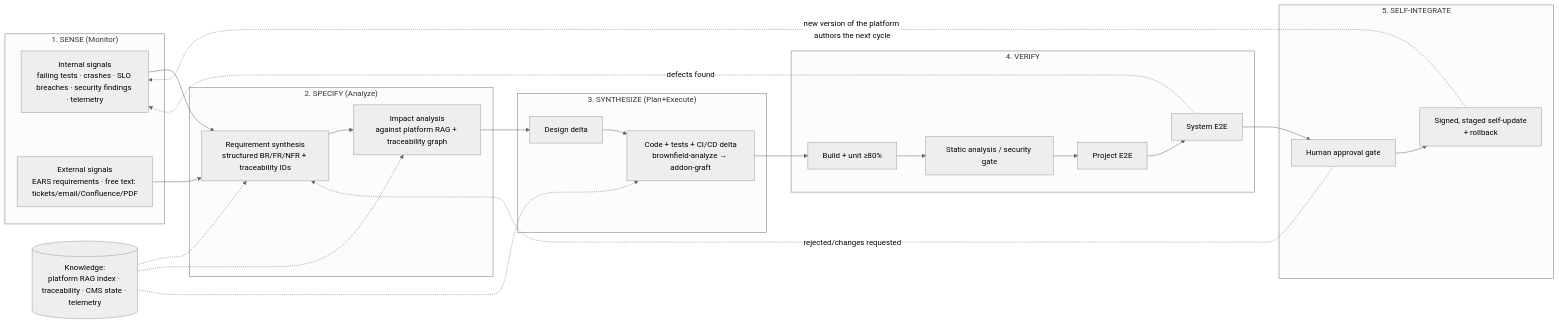
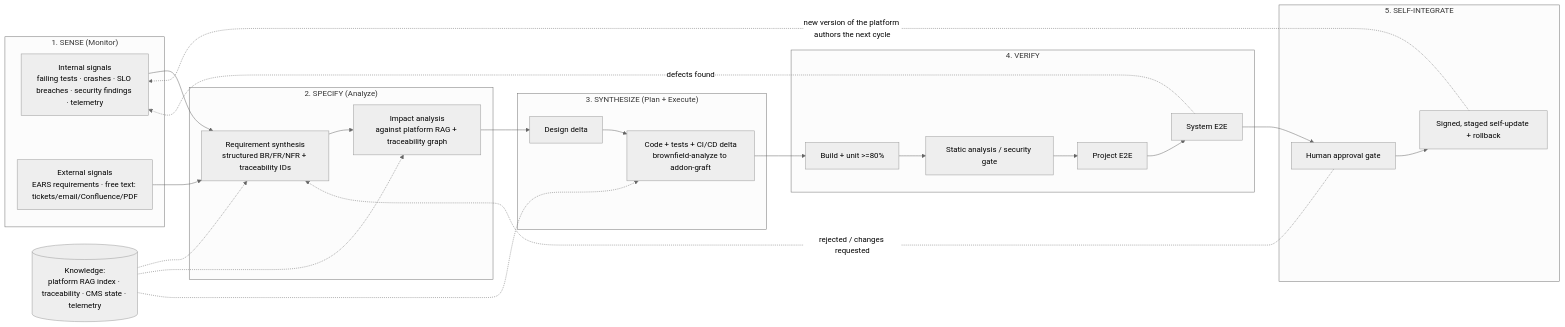
Before and after one commit to romanagaev/self-evolving-platform: the diagram in docs/paper.md, drawn with Mermaid (neutral theme). The commit also changed 2 other files, not shown here.

Commit message:
docs: fix Mermaid rendering (valid edge syntax, quoted labels, safe aliases)

````diff
--- a/docs/paper.md
+++ b/docs/paper.md
@@ -170,36 +170,36 @@
 ```mermaid
 flowchart LR
     subgraph SENSE["1. SENSE (Monitor)"]
-      D[Internal signals<br/>failing tests · crashes · SLO breaches · security findings · telemetry]
-      X[External signals<br/>EARS requirements · free text: tickets/email/Confluence/PDF]
+      D["Internal signals<br/>failing tests · crashes · SLO breaches · security findings · telemetry"]
+      X["External signals<br/>EARS requirements · free text: tickets/email/Confluence/PDF"]
     end
     subgraph SPEC["2. SPECIFY (Analyze)"]
-      RQ[Requirement synthesis<br/>structured BR/FR/NFR + traceability IDs]
-      TR[Impact analysis<br/>against platform RAG + traceability graph]
+      RQ["Requirement synthesis<br/>structured BR/FR/NFR + traceability IDs"]
+      TR["Impact analysis<br/>against platform RAG + traceability graph"]
     end
-    subgraph SYN["3. SYNTHESIZE (Plan+Execute)"]
-      DS[Design delta]
-      CG[Code + tests + CI/CD delta<br/>brownfield-analyze → addon-graft]
+    subgraph SYN["3. SYNTHESIZE (Plan + Execute)"]
+      DS["Design delta"]
+      CG["Code + tests + CI/CD delta<br/>brownfield-analyze to addon-graft"]
     end
     subgraph VER["4. VERIFY"]
-      V1[Build + unit ≥80%]
-      V15[Static analysis / security gate]
-      V2[Project E2E]
-      V3[System E2E]
+      V1["Build + unit >=80%"]
+      V15["Static analysis / security gate"]
+      V2["Project E2E"]
+      V3["System E2E"]
     end
     subgraph INT["5. SELF-INTEGRATE"]
-      AP[Human approval gate]
-      REL[Signed, staged self-update<br/>+ rollback]
+      AP["Human approval gate"]
+      REL["Signed, staged self-update + rollback"]
     end
-    K[(Knowledge:<br/>platform RAG index · traceability · CMS state · telemetry)]
+    K[("Knowledge:<br/>platform RAG index · traceability · CMS state · telemetry")]
 
     D --> RQ
     X --> RQ
     RQ --> TR --> DS --> CG --> V1 --> V15 --> V2 --> V3 --> AP --> REL
-    REL -. new version of the platform authors the next cycle .-> D
+    REL -.->|"new version of the platform authors the next cycle"| D
     K -.-> RQ
     K -.-> TR
     K -.-> CG
-    V3 -. defects found .-> D
-    AP -. rejected/changes requested .-> RQ
+    V3 -.->|"defects found"| D
+    AP -.->|"rejected / changes requested"| RQ
 ```
````
